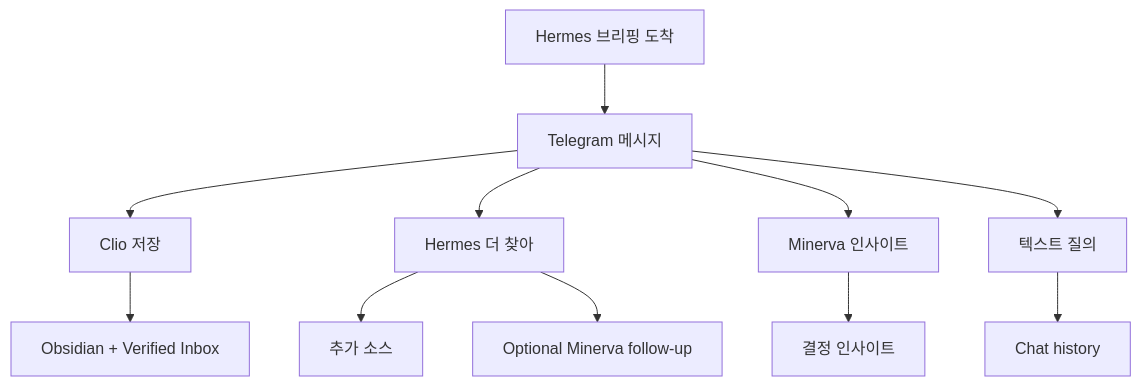
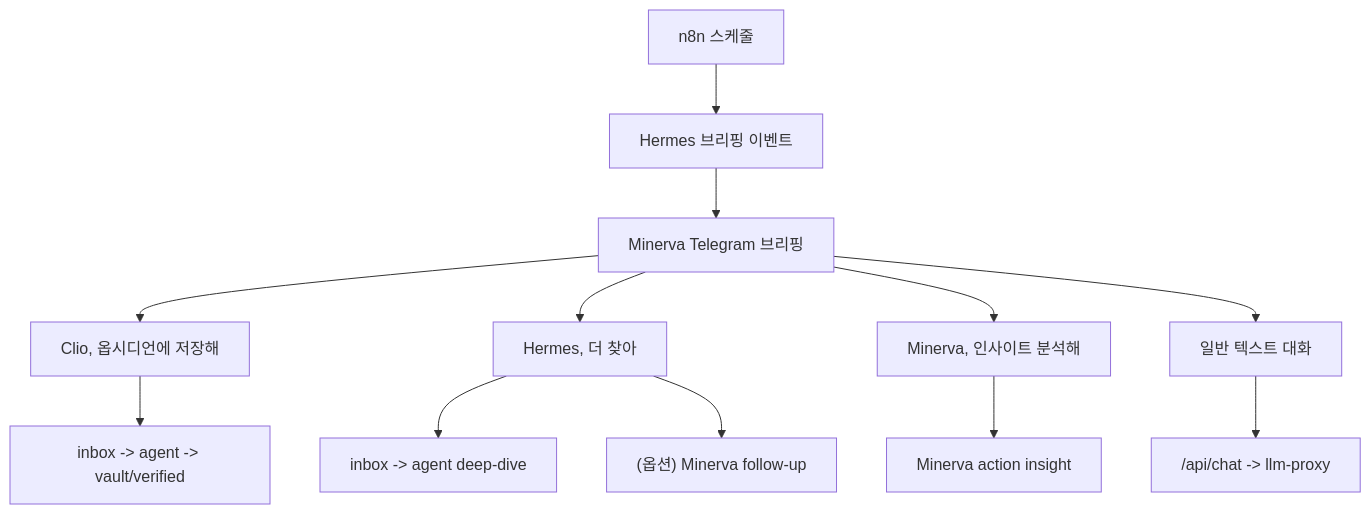
Before and after one commit to Merchantlee99/Personal-AI-agent-v2: the diagram in docs/USE_CASES.md, drawn with Mermaid. The commit also changed other lines of this file and 9 other files, not shown here.

````diff
--- a/docs/USE_CASES.md
+++ b/docs/USE_CASES.md
@@ -87,14 +96,15 @@
 ```mermaid
 flowchart TD
-  B["Hermes 브리핑 도착"] --> T["Telegram 메시지"]
-  T --> C["Clio 저장"]
-  T --> H["Hermes 더 찾아"]
-  T --> M["Minerva 인사이트"]
-  T --> X["텍스트 질의"]
+  A["n8n 스케줄"] --> B["Hermes 브리핑 이벤트"]
+  B --> C["Minerva Telegram 브리핑"]
+  C --> D1["Clio, 옵시디언에 저장해"]
+  C --> D2["Hermes, 더 찾아"]
+  C --> D3["Minerva, 인사이트 분석해"]
+  C --> D4["일반 텍스트 대화"]
 
-  C --> V["Obsidian + Verified Inbox"]
-  H --> O["추가 소스"]
-  H --> MF["Optional Minerva follow-up"]
-  M --> I["결정 인사이트"]
-  X --> CH["Chat history"]
+  D1 --> E1["inbox -> agent -> vault/verified"]
+  D2 --> E2["inbox -> agent deep-dive"]
+  D2 --> E3["(옵션) Minerva follow-up"]
+  D3 --> E4["Minerva action insight"]
+  D4 --> E5["/api/chat -> llm-proxy"]
 ```
````
